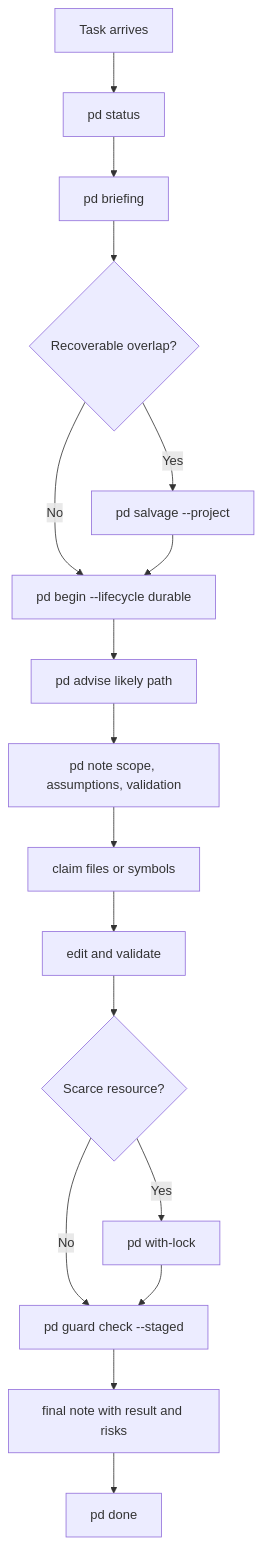
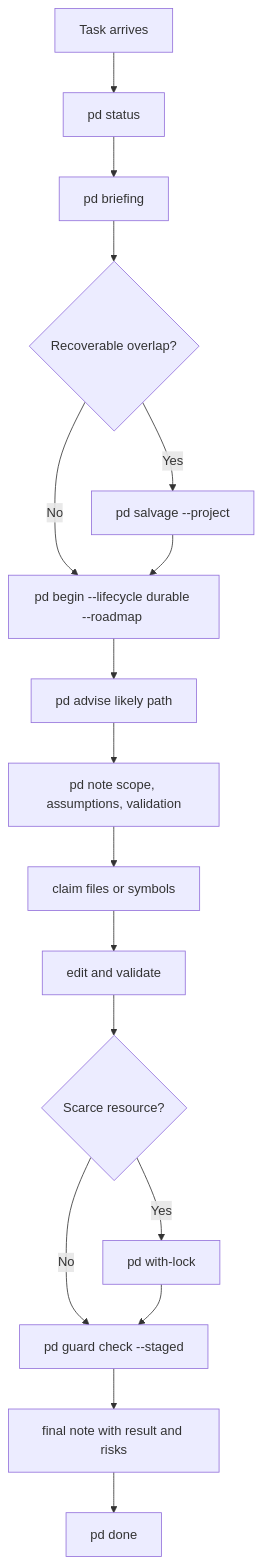
One commit to curiositech/port-daddy changed the diagram in .codex/skills/port-daddy-agent-skill/diagrams/01_flowchart_agent_operating_loop.md. Above: the diagram before and after it, drawn with Mermaid. The commit also changed 236 other files, not shown here.

````diff
--- a/.codex/skills/port-daddy-agent-skill/diagrams/01_flowchart_agent_operating_loop.md
+++ b/.codex/skills/port-daddy-agent-skill/diagrams/01_flowchart_agent_operating_loop.md
@@ -3,19 +3,19 @@
 ```mermaid
 flowchart TD
   A["Task arrives"] --> B["pd status"]
   B --> C["pd briefing"]
   C --> D{"Recoverable overlap?"}
   D -->|Yes| E["pd salvage --project"]
-  D -->|No| F["pd begin --lifecycle durable"]
+  D -->|No| F["pd begin --lifecycle durable --roadmap <slug>"]
   E --> F
   F --> G["pd advise likely path"]
   G --> H["pd note scope, assumptions, validation"]
   H --> I["claim files or symbols"]
   I --> J["edit and validate"]
   J --> K{"Scarce resource?"}
   K -->|Yes| L["pd with-lock"]
   K -->|No| M["pd guard check --staged"]
   L --> M
   M --> N["final note with result and risks"]
   N --> O["pd done"]
 ```
````
